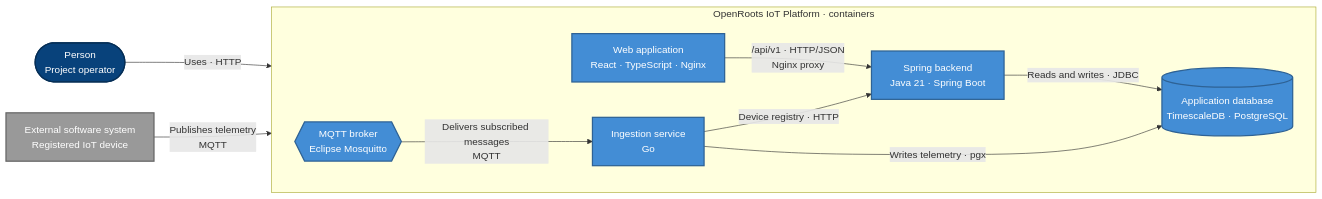
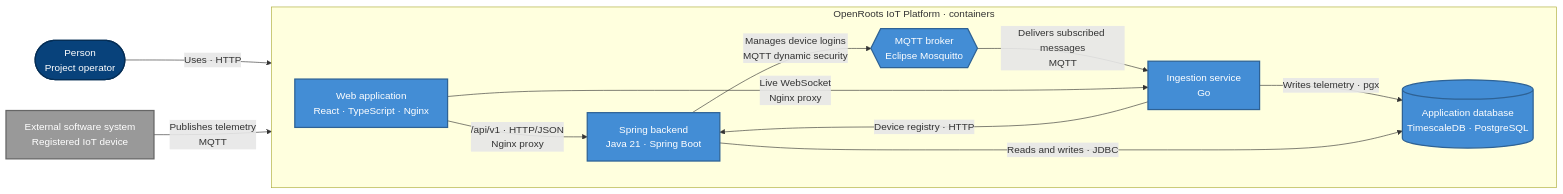
The diagram in docs/architecture/c4-containers.md (Hashu-17/openroots), drawn with Mermaid before and after one commit. The commit also changed other lines of this file and 9 other files, not shown here.

Commit message:
docs: update architecture, product and API docs for sign-in, live telemetry and broker sync

````diff
--- a/docs/architecture/c4-containers.md
+++ b/docs/architecture/c4-containers.md
@@ -5,31 +5,33 @@
 ```mermaid
 flowchart LR
     operator(["Person<br/>Project operator"])
     device["External software system<br/>Registered IoT device"]
 
     subgraph platform["OpenRoots IoT Platform · containers"]
         direction LR
         web["Web application<br/>React · TypeScript · Nginx"]
         broker{{"MQTT broker<br/>Eclipse Mosquitto"}}
         backend["Spring backend<br/>Java 21 · Spring Boot"]
         ingestion["Ingestion service<br/>Go"]
         database[("Application database<br/>TimescaleDB · PostgreSQL")]
     end
 
     operator -->|"Uses · HTTP"| web
     web -->|"/api/v1 · HTTP/JSON<br/>Nginx proxy"| backend
     device -->|"Publishes telemetry<br/>MQTT"| broker
     broker -->|"Delivers subscribed messages<br/>MQTT"| ingestion
+    web -->|"Live WebSocket<br/>Nginx proxy"| ingestion
+    backend -->|"Manages device logins<br/>MQTT dynamic security"| broker
     ingestion -->|"Device registry · HTTP"| backend
     ingestion -->|"Writes telemetry · pgx"| database
     backend -->|"Reads and writes · JDBC"| database
 
     classDef person fill:#08427b,color:#fff,stroke:#052e56,stroke-width:2px;
     classDef external fill:#999999,color:#fff,stroke:#666,stroke-width:2px;
     classDef container fill:#438dd5,color:#fff,stroke:#2e6295,stroke-width:2px;
     classDef data fill:#438dd5,color:#fff,stroke:#2e6295,stroke-width:2px;
     class operator person;
     class device external;
     class web,backend,ingestion,broker container;
     class database data;
 ```
````
